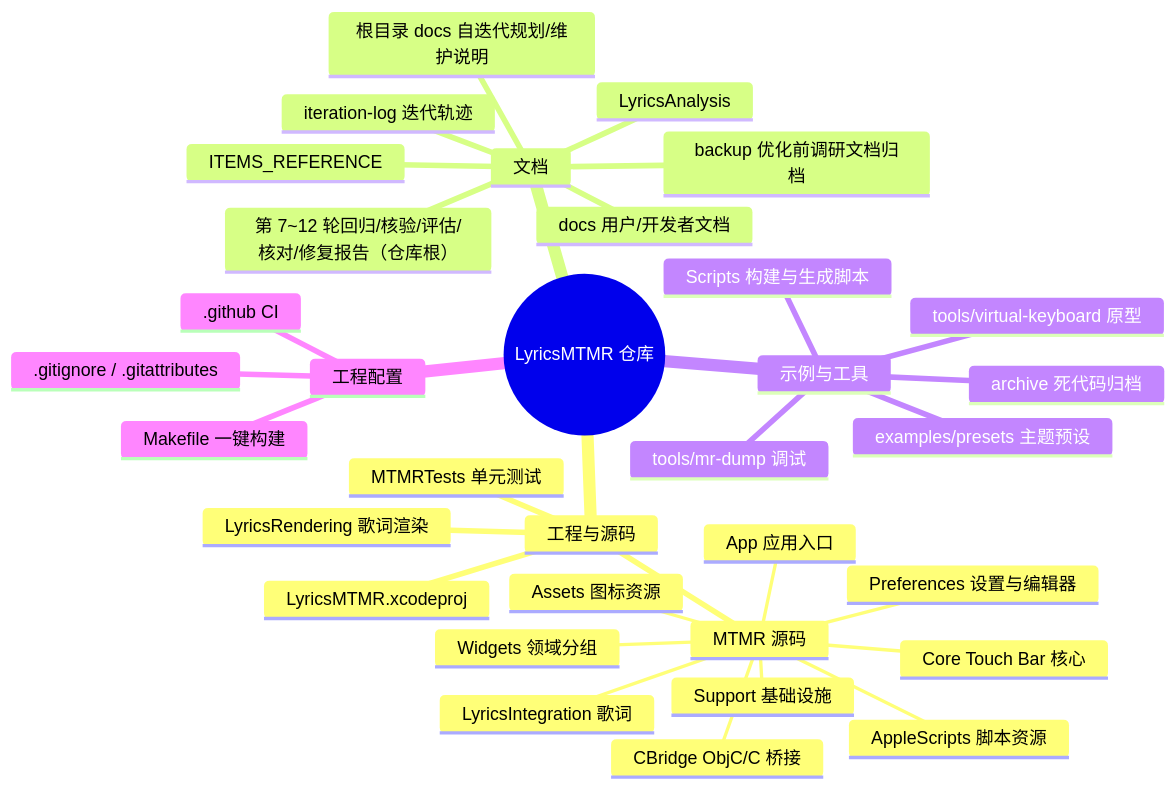
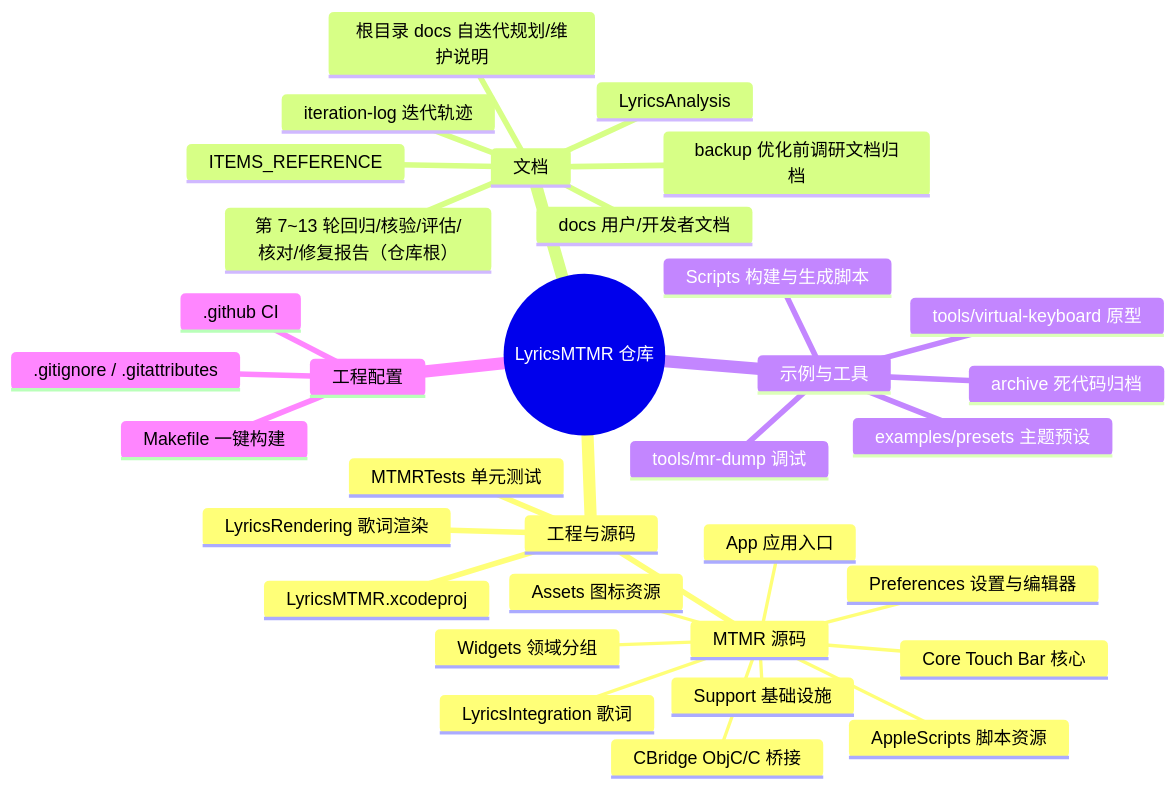
Before and after one commit to Tangzishun-Li/LyricsMTMR: the first of 2 diagrams in LyricsMTMR/docs/file-structure.zh.md, drawn with Mermaid. The commit also changed other lines of this file and 3 other files, not shown here.

Commit message:
docs(round13): 子任务C — 年度维护核验（第7次）+ 仓库卫生（round-12 父卡+子卡遗留清理：删除前复核 0 ahead+干净+祖先+远端仅 main，删除后 .worktrees 5 项/分支 5 项/远端仅 main，卫生抽查无残留；核验报告+清理报告+iteration-log 记录+file-structure 登记+mindmap 更新+预登记 A/B 报告）

````diff
--- a/LyricsMTMR/docs/file-structure.zh.md
+++ b/LyricsMTMR/docs/file-structure.zh.md
@@ -10,36 +10,36 @@
 ```mermaid
 mindmap
   root((LyricsMTMR 仓库))
     工程与源码
       LyricsMTMR.xcodeproj
       MTMR 源码
         App 应用入口
         Core Touch Bar 核心
         Support 基础设施
         Widgets 领域分组
         Preferences 设置与编辑器
         LyricsIntegration 歌词
         CBridge ObjC/C 桥接
         AppleScripts 脚本资源
         Assets 图标资源
       LyricsRendering 歌词渲染
       MTMRTests 单元测试
     文档
       docs 用户/开发者文档
       ITEMS_REFERENCE
       LyricsAnalysis
       backup 优化前调研文档归档
       iteration-log 迭代轨迹
       根目录 docs 自迭代规划/维护说明
-      第 7~12 轮回归/核验/评估/核对/修复报告（仓库根）
+      第 7~13 轮回归/核验/评估/核对/修复报告（仓库根）
     示例与工具
       examples/presets 主题预设
       tools/mr-dump 调试
       tools/virtual-keyboard 原型
       Scripts 构建与生成脚本
       archive 死代码归档
     工程配置
       .github CI
       .gitignore / .gitattributes
       Makefile 一键构建
 ```
````
